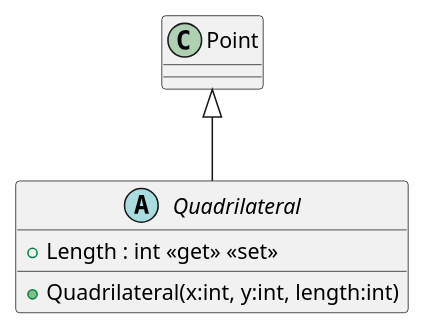
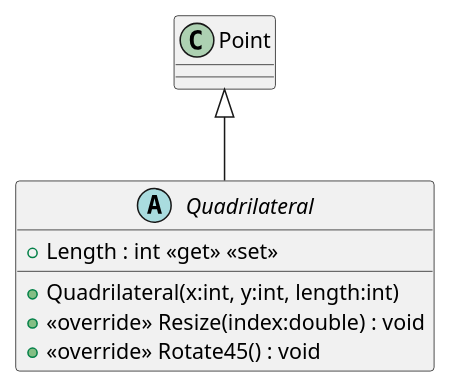
Before and after one commit to 19vano97/levelUpOOP: the diagram in plantuml/20240701_HW_Inheritence/Quadrilateral.puml, drawn with PlantUML. The commit also changed 32 other files, not shown here.

```diff
--- a/plantuml/20240701_HW_Inheritence/Quadrilateral.puml
+++ b/plantuml/20240701_HW_Inheritence/Quadrilateral.puml
@@ -1,7 +1,9 @@
 @startuml
 abstract class Quadrilateral {
     + Quadrilateral(x:int, y:int, length:int)
     + Length : int <<get>> <<set>>
+    + <<override>> Resize(index:double) : void
+    + <<override>> Rotate45() : void
 }
 Point <|-- Quadrilateral
 @enduml
```
